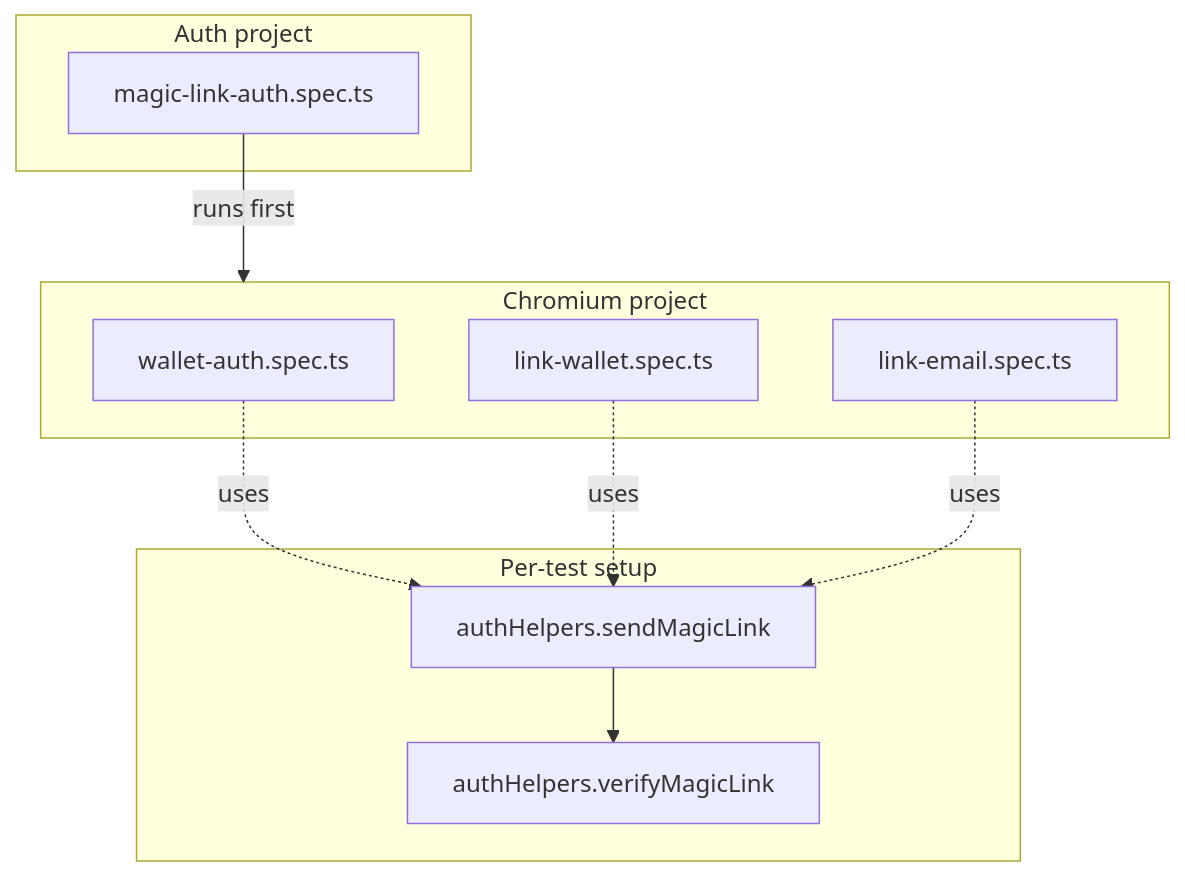
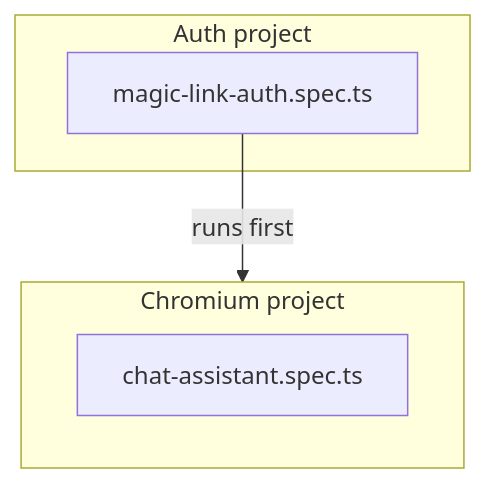
One commit to blockmatic/basilic changed the diagram in apps/docu/content/docs/testing/e2e-testing.mdx. Above: the diagram before and after it, drawn with Mermaid. The commit also changed other lines of this file and 9 other files, not shown here.

Commit message:
test(next): restructure e2e, disable wallet badge link-email

````diff
--- a/apps/docu/content/docs/testing/e2e-testing.mdx
+++ b/apps/docu/content/docs/testing/e2e-testing.mdx
@@ -109,24 +102,12 @@
 ```mermaid
 flowchart TB
   subgraph AuthProj [Auth project]
     MagicLinkAuth[magic-link-auth.spec.ts]
   end
 
   subgraph ChromiumProj [Chromium project]
-    WalletAuth[wallet-auth.spec.ts]
-    LinkWallet[link-wallet.spec.ts]
-    LinkEmail[link-email.spec.ts]
+    ChatAssistant[chat-assistant.spec.ts]
   end
 
   MagicLinkAuth -->|runs first| ChromiumProj
-
-  subgraph Setup [Per-test setup]
-    SendLink[authHelpers.sendMagicLink]
-    VerifyLink[authHelpers.verifyMagicLink]
-    SendLink --> VerifyLink
-  end
-
-  WalletAuth -.->|uses| SendLink
-  LinkWallet -.->|uses| SendLink
-  LinkEmail -.->|uses| SendLink
 ```
````
